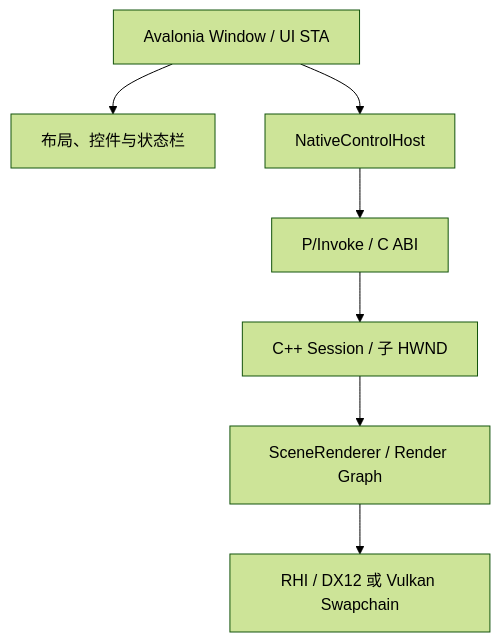
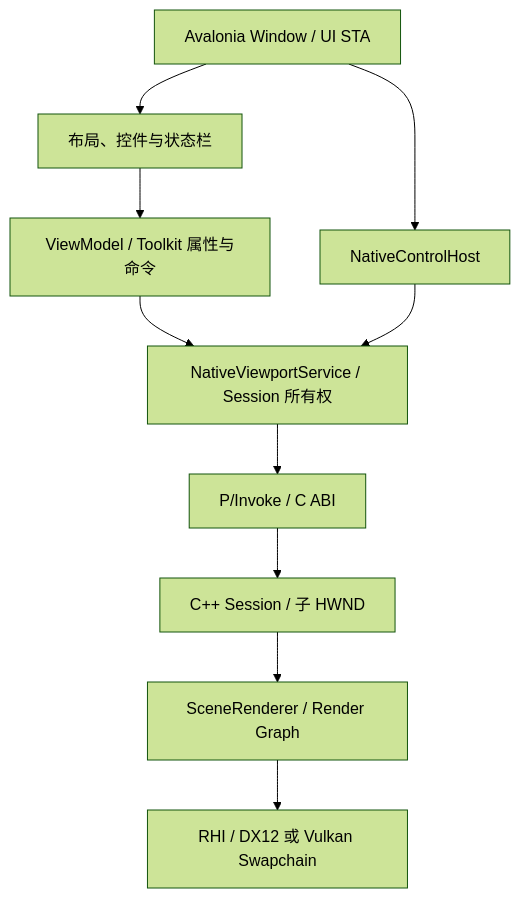
One commit to StarryXYJ/RenderLab changed the diagram in docs/editor-host.md. Above: the diagram before and after it, drawn with Mermaid (forest theme). The commit also changed other lines of this file and 19 other files, not shown here.

````diff
--- a/docs/editor-host.md
+++ b/docs/editor-host.md
@@ -9,9 +30,12 @@
 ```mermaid
 flowchart TD
     Window["Avalonia Window / UI STA"] --> Panels["布局、控件与状态栏"]
     Window --> Host["NativeControlHost"]
-    Host --> ABI["P/Invoke / C ABI"]
+    Panels --> VM["ViewModel / Toolkit 属性与命令"]
+    VM --> Service["NativeViewportService / Session 所有权"]
+    Host --> Service
+    Service --> ABI["P/Invoke / C ABI"]
     ABI --> Child["C++ Session / 子 HWND"]
     Child --> Scene["SceneRenderer / Render Graph"]
     Scene --> RHI["RHI / DX12 或 Vulkan Swapchain"]
 ```
````
